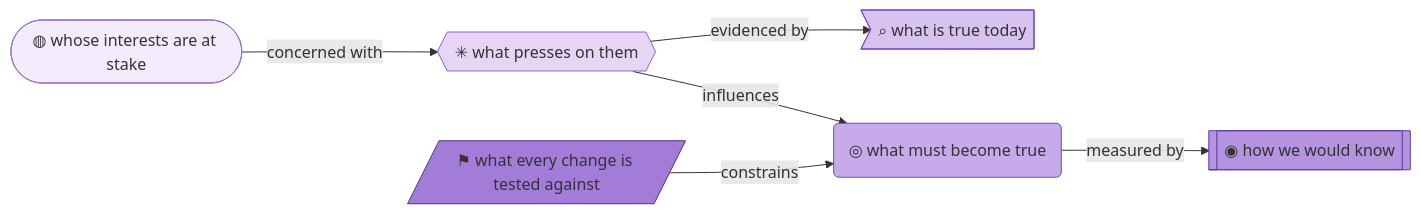
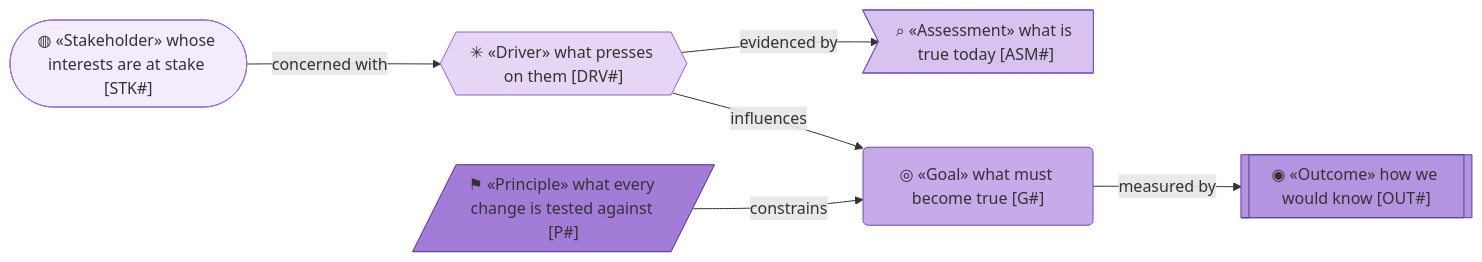
One commit to roanboc/architecture-archreator changed the diagram in org-archreator/architecture/1_strategy/1_motivation.md. Above: the diagram before and after it, drawn with Mermaid. The commit also changed other lines of this file and 19 other files, not shown here.

````diff
--- a/org-archreator/architecture/1_strategy/1_motivation.md
+++ b/org-archreator/architecture/1_strategy/1_motivation.md
@@ -14,22 +14,22 @@
 ```mermaid
 flowchart LR
-  stk(["◍ whose interests are at stake"]):::stakeholder
-  drv{{"✳ what presses on them"}}:::driver
-  asm>"⌕ what is true today"]:::assessment
-  goal("◎ what must become true"):::goal
-  out[["◉ how we would know"]]:::outcome
-  prin[/"⚑ what every change is tested against"/]:::principle
+  stk(["◍ «Stakeholder» whose interests are at stake [STK#]"]):::stakeholder
+  drv{{"✳ «Driver» what presses on them [DRV#]"}}:::driver
+  asm>"⌕ «Assessment» what is true today [ASM#]"]:::assessment
+  goal("◎ «Goal» what must become true [G#]"):::goal
+  out[["◉ «Outcome» how we would know [OUT#]"]]:::outcome
+  prin[/"⚑ «Principle» what every change is tested against [P#]"/]:::principle
 
   stk -->|concerned with| drv
   drv -->|evidenced by| asm
   drv -->|influences| goal
   goal -->|measured by| out
   prin -->|constrains| goal
 
   classDef stakeholder fill:#f4ecfc,stroke:#9575cd,color:#333
   classDef driver fill:#e6d6f5,stroke:#8e63c8,color:#333
   classDef assessment fill:#d8c3f0,stroke:#7e57c2,color:#333
   classDef goal fill:#c6aae9,stroke:#6f4bb2,color:#333
   classDef outcome fill:#b493e0,stroke:#5f3da0,color:#333
   classDef principle fill:#a37cd8,stroke:#4f318c,color:#333
 ```
````
